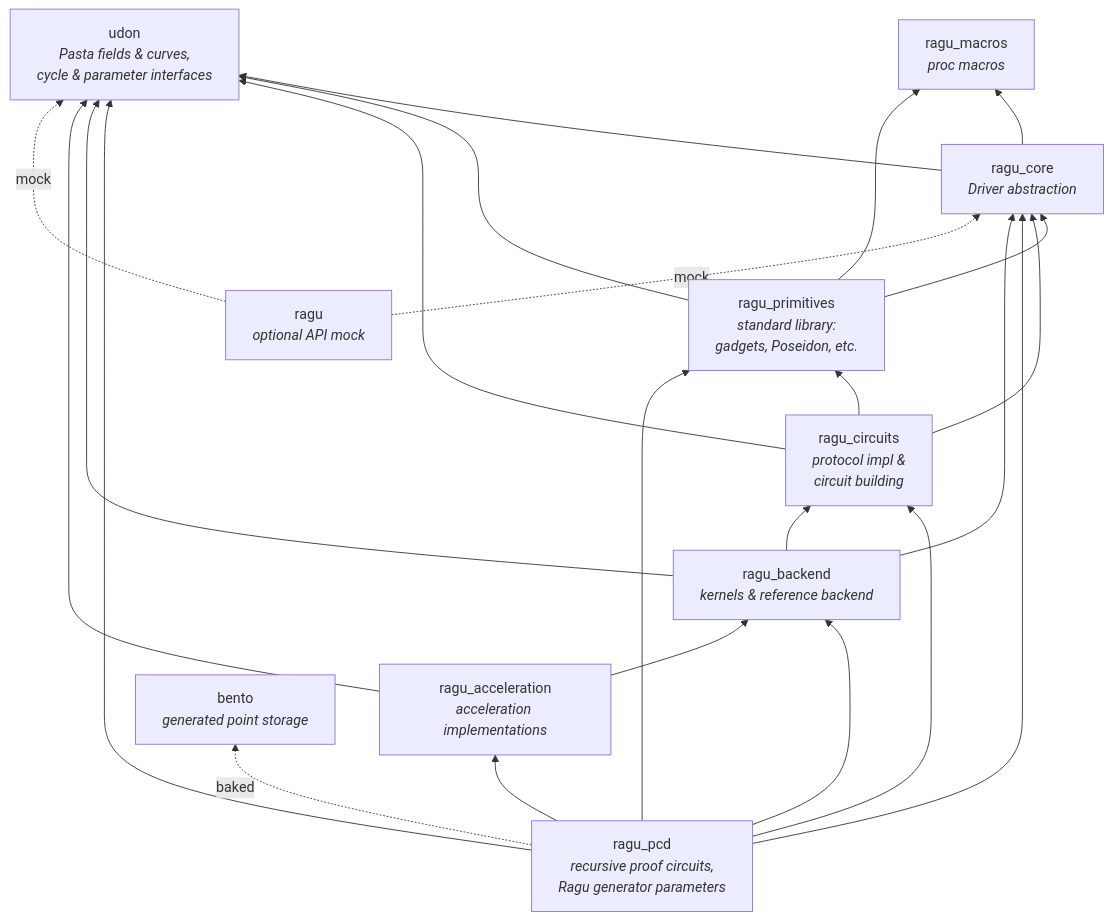
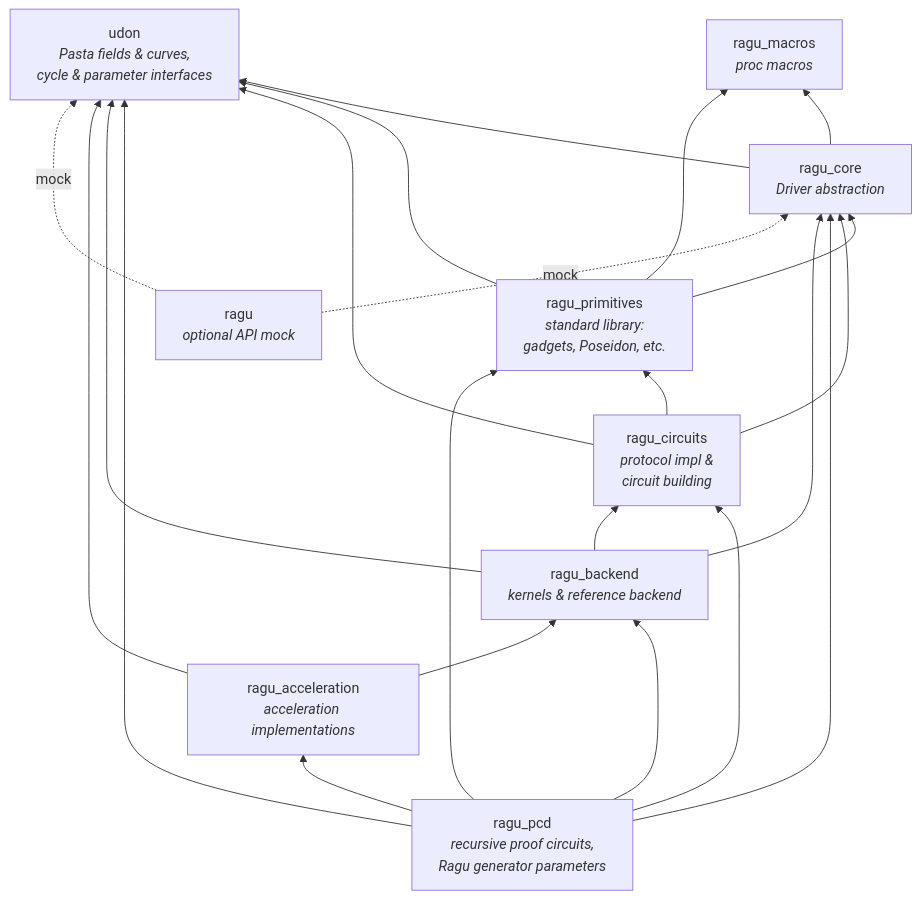
Before and after one commit to LucidSamuel/ragu: the second of 2 diagrams in book/src/implementation/arch.md, drawn with Mermaid. The commit also changed other lines of this file and 5 other files, not shown here.

````diff
--- a/book/src/implementation/arch.md
+++ b/book/src/implementation/arch.md
@@ -52,36 +48,34 @@
 ```mermaid
 flowchart BT
     macros["ragu_macros<br/><i>proc macros</i>"]
     udon["udon<br/><i>Pasta fields & curves,<br/>cycle & parameter interfaces</i>"]
     core["ragu_core<br/><i>Driver abstraction</i>"]
     prims["ragu_primitives<br/><i>standard library:<br/>gadgets, Poseidon, etc.</i>"]
     circuits["ragu_circuits<br/><i>protocol impl &<br/>circuit building</i>"]
     pcd["ragu_pcd<br/><i>recursive proof circuits,<br/>Ragu generator parameters</i>"]
     backend["ragu_backend<br/><i>kernels & reference backend</i>"]
     acceleration["ragu_acceleration<br/><i>acceleration implementations</i>"]
-    bento["bento<br/><i>generated point storage</i>"]
     ragu["ragu<br/><i>optional API mock</i>"]
 
     core --> udon
     core --> macros
     prims --> udon
     prims --> core
     prims --> macros
     circuits --> udon
     circuits --> core
     circuits --> prims
     pcd --> udon
     pcd --> circuits
     pcd --> core
     pcd --> prims
     pcd --> backend
     pcd --> acceleration
-    pcd -.->|baked| bento
     backend --> udon
     backend --> core
     backend --> circuits
     acceleration --> udon
     acceleration --> backend
     ragu -.->|mock| core
     ragu -.->|mock| udon
 ```
````
